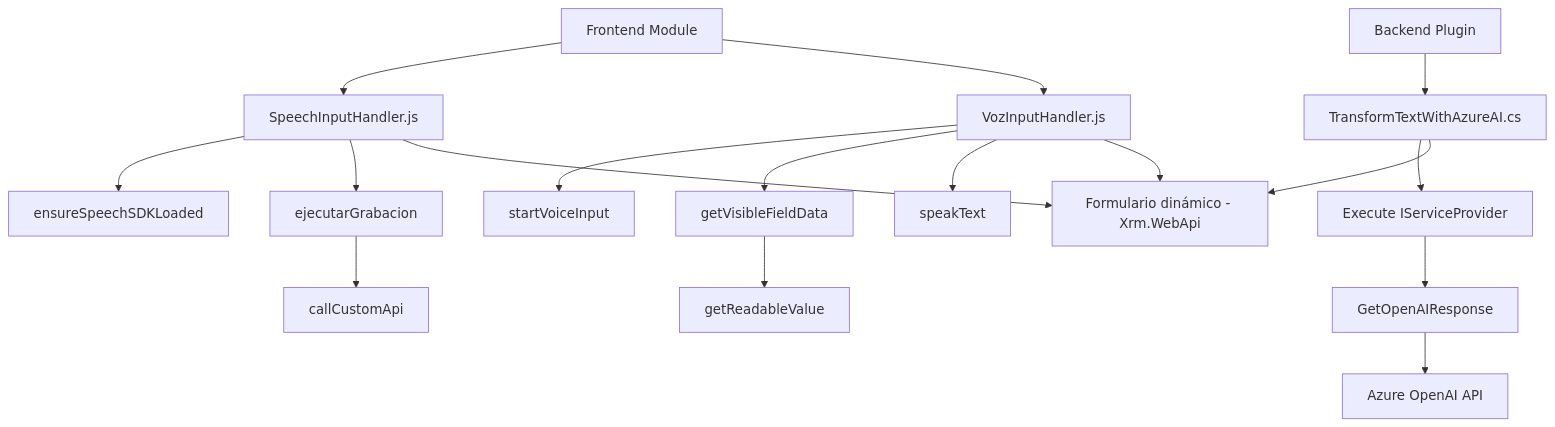
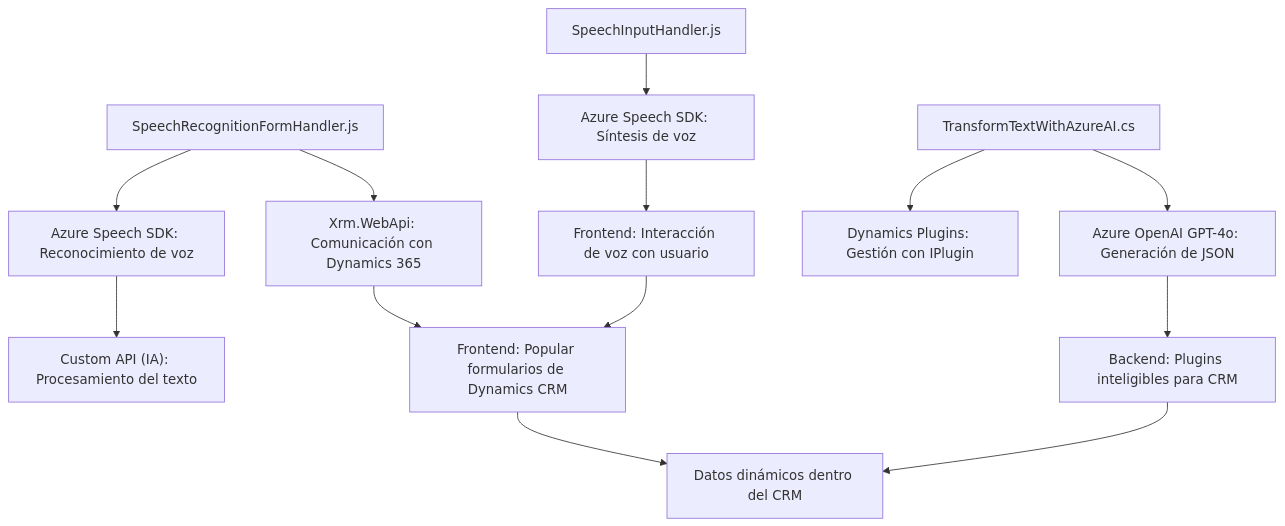
Before and after one commit to blopezdm/NETCORE_BILBAO2025: the diagram in README.md, drawn with Mermaid. The commit also changed other lines of this file, not shown here.

Commit message:
Actualizar análisis global de la solución con IA

````diff
--- a/README.md
+++ b/README.md
@@ -55,22 +51,15 @@
 ```mermaid
 graph TD
-  A["Frontend Module"] --> B["SpeechInputHandler.js"]
-  A --> C["VozInputHandler.js"]
-  B --> D["ensureSpeechSDKLoaded"]
-  B --> E["ejecutarGrabacion"]
-  E --> F["callCustomApi"]
-
-  C --> G["startVoiceInput"]
-  C --> H["getVisibleFieldData"]
-  H --> I["getReadableValue"]
-  C --> J["speakText"]
-
-  K["Backend Plugin"] --> L["TransformTextWithAzureAI.cs"]
-  L --> M["Execute IServiceProvider"]
-  M --> N["GetOpenAIResponse"]
-  N --> O["Azure OpenAI API"]
-
-  B --> P["Formulario dinámico - Xrm.WebApi"]
-  C --> P
-  L --> P
+    A["SpeechInputHandler.js"] --> B["Azure Speech SDK: Síntesis de voz"]
+    C["SpeechRecognitionFormHandler.js"] --> D["Azure Speech SDK: Reconocimiento de voz"]
+    C --> E["Xrm.WebApi: Comunicación con Dynamics 365"]
+    D --> F["Custom API (IA): Procesamiento del texto"]
+    G["TransformTextWithAzureAI.cs"] --> H["Azure OpenAI GPT-4o: Generación de JSON"]
+    G --> I["Dynamics Plugins: Gestión con IPlugin"]
+    B --> J["Frontend: Interacción de voz con usuario"]
+    E --> K["Frontend: Popular formularios de Dynamics CRM"]
+    H --> L["Backend: Plugins inteligibles para CRM"]
+    J --> K
+    K --> M["Datos dinámicos dentro del CRM"]
+    L --> M
 ```
````
